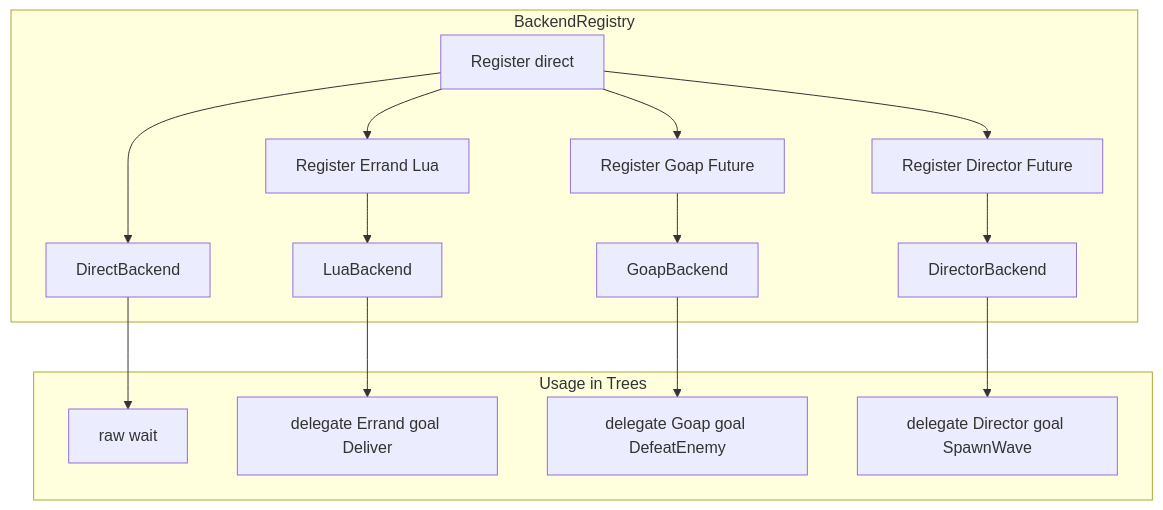
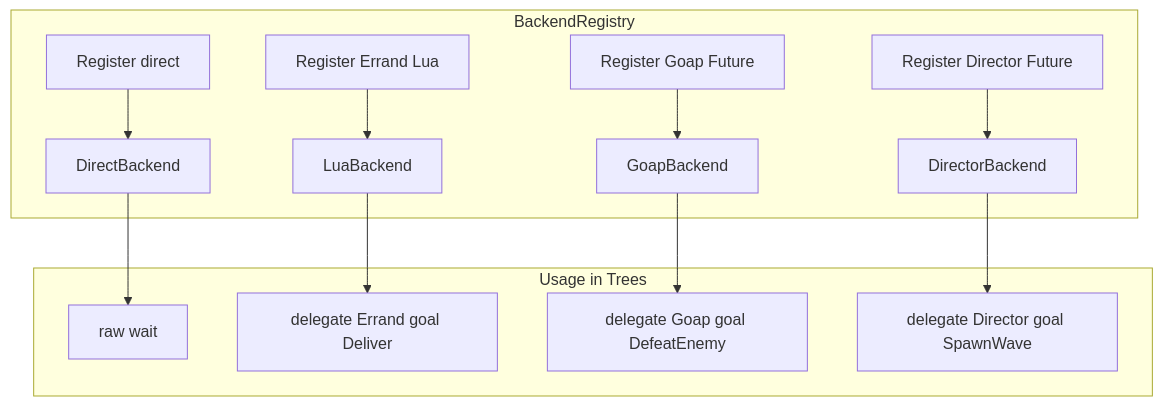
Before and after one commit to jabbadablack/G.O.A.T: the third of 4 diagrams in Docs/00 - Theory/Extensibility Model.md, drawn with Mermaid. The commit also changed other lines of this file and 82 other files, not shown here.

````diff
--- a/Docs/00 - Theory/Extensibility Model.md
+++ b/Docs/00 - Theory/Extensibility Model.md
@@ -210,16 +226,16 @@
 ```mermaid
 graph TD
     subgraph Registry[BackendRegistry]
         A[Register direct] --> B[DirectBackend]
-        A --> C[Register Errand Lua] --> D[LuaBackend]
-        A --> E[Register Goap Future] --> F[GoapBackend]
-        A --> G[Register Director Future] --> H[DirectorBackend]
+        C[Register Errand Lua] --> D[LuaBackend]
+        E[Register Goap Future] --> F[GoapBackend]
+        G[Register Director Future] --> H[DirectorBackend]
     end
 
     subgraph Usage[Usage in Trees]
         B --> I[raw wait]
         D --> J[delegate Errand goal Deliver]
         F --> K[delegate Goap goal DefeatEnemy]
         H --> L[delegate Director goal SpawnWave]
     end
 ```
````
